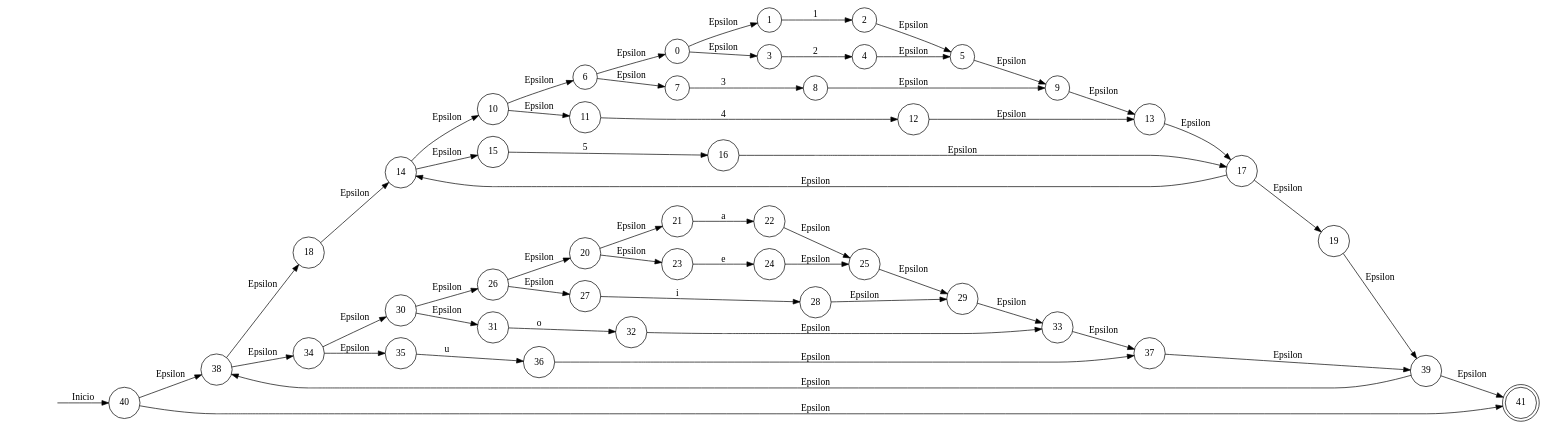
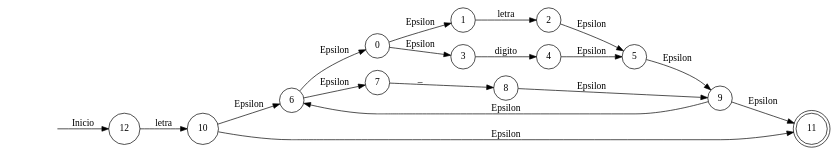
One commit to EstuardoSon/OCL1_202003894_P1 changed the diagram in Reportes_202003894/AFND_202003894/ExpReg1.dot. Above: the diagram before and after it, drawn with Graphviz. The commit also changed 104 other files, not shown here.

```diff
--- a/Reportes_202003894/AFND_202003894/ExpReg1.dot
+++ b/Reportes_202003894/AFND_202003894/ExpReg1.dot
@@ -1,101 +1,35 @@
 digraph G{
 rankdir = LR;
 Inicio[style=invis];
 0[shape=circle];
 1[shape=circle];
 2[shape=circle];
 3[shape=circle];
 4[shape=circle];
 5[shape=circle];
 0->1 [label="Epsilon"];
-1->2 [label="1"];
+1->2 [label="letra"];
 0->3 [label="Epsilon"];
-3->4 [label="2"];
+3->4 [label="digito"];
 2->5 [label="Epsilon"];
 4->5 [label="Epsilon"];
 6[shape=circle];
 7[shape=circle];
 8[shape=circle];
 9[shape=circle];
 6->7 [label="Epsilon"];
-7->8 [label="3"];
+7->8 [label="_"];
 8->9 [label="Epsilon"];
 6->0 [label="Epsilon"];
 5->9 [label="Epsilon"];
 10[shape=circle];
 11[shape=circle];
+10->6 [label="Epsilon"];
+9->11 [label="Epsilon"];
+9->6 [label="Epsilon"];
+10->11 [label="Epsilon"];
 12[shape=circle];
-13[shape=circle];
-10->11 [label="Epsilon"];
-11->12 [label="4"];
-12->13 [label="Epsilon"];
-10->6 [label="Epsilon"];
-9->13 [label="Epsilon"];
-14[shape=circle];
-15[shape=circle];
-16[shape=circle];
-17[shape=circle];
-14->15 [label="Epsilon"];
-15->16 [label="5"];
-16->17 [label="Epsilon"];
-14->10 [label="Epsilon"];
-13->17 [label="Epsilon"];
-18[shape=circle];
-19[shape=circle];
-18->14 [label="Epsilon"];
-17->19 [label="Epsilon"];
-17->14 [label="Epsilon"];
-20[shape=circle];
-21[shape=circle];
-22[shape=circle];
-23[shape=circle];
-24[shape=circle];
-25[shape=circle];
-20->21 [label="Epsilon"];
-21->22 [label="a"];
-20->23 [label="Epsilon"];
-23->24 [label="e"];
-22->25 [label="Epsilon"];
-24->25 [label="Epsilon"];
-26[shape=circle];
-27[shape=circle];
-28[shape=circle];
-29[shape=circle];
-26->27 [label="Epsilon"];
-27->28 [label="i"];
-28->29 [label="Epsilon"];
-26->20 [label="Epsilon"];
-25->29 [label="Epsilon"];
-30[shape=circle];
-31[shape=circle];
-32[shape=circle];
-33[shape=circle];
-30->31 [label="Epsilon"];
-31->32 [label="o"];
-32->33 [label="Epsilon"];
-30->26 [label="Epsilon"];
-29->33 [label="Epsilon"];
-34[shape=circle];
-35[shape=circle];
-36[shape=circle];
-37[shape=circle];
-34->35 [label="Epsilon"];
-35->36 [label="u"];
-36->37 [label="Epsilon"];
-34->30 [label="Epsilon"];
-33->37 [label="Epsilon"];
-38[shape=circle];
-39[shape=circle];
-38->18 [label="Epsilon"];
-38->34 [label="Epsilon"];
-19->39 [label="Epsilon"];
-37->39 [label="Epsilon"];
-40[shape=circle];
-41[shape=circle];
-40->38 [label="Epsilon"];
-39->41 [label="Epsilon"];
-39->38 [label="Epsilon"];
-40->41 [label="Epsilon"];
-Inicio->40 [label="Inicio"];
-41 [shape=doublecircle];
+12->10 [label="letra"];
+Inicio->12 [label="Inicio"];
+11 [shape=doublecircle];
 }
```
